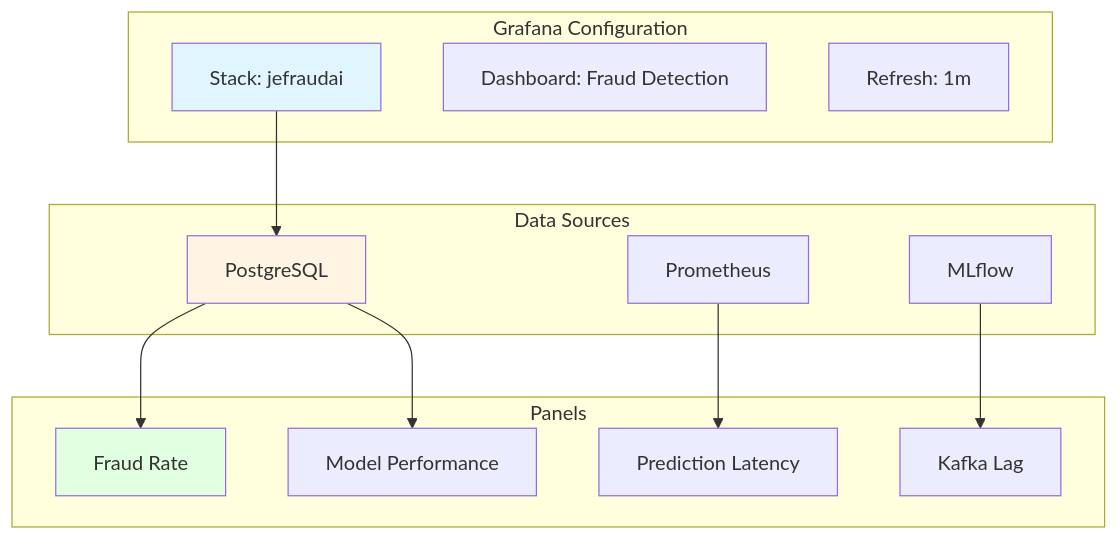
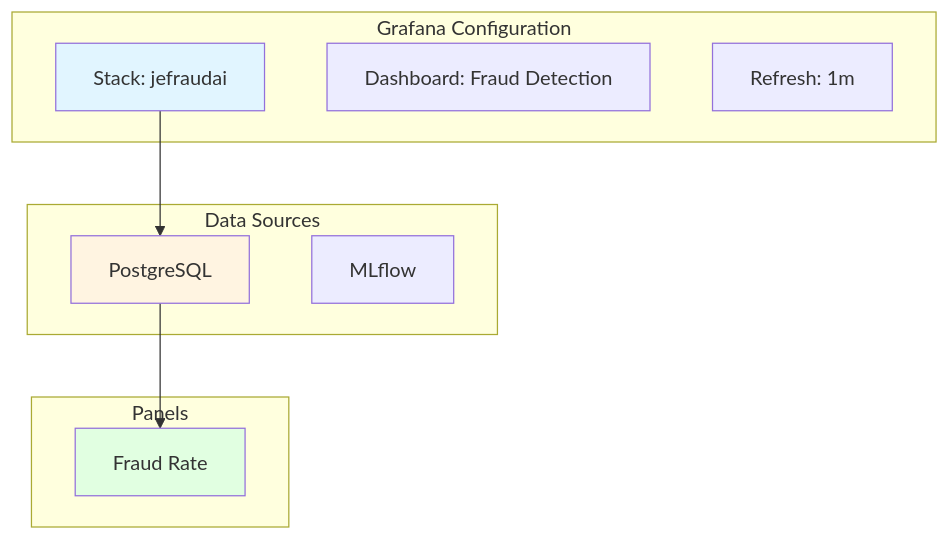
Before and after one commit to jefraudai/jefraudai: the tenth of 16 diagrams in Services/docsify/docs/deployment.md, drawn with Mermaid. The commit also changed other lines of this file and 6 other files, not shown here.

````diff
--- a/Services/docsify/docs/deployment.md
+++ b/Services/docsify/docs/deployment.md
@@ -384,31 +357,24 @@
 ```mermaid
 graph TD
     subgraph "Grafana Configuration"
         GC1[Stack: jefraudai]
         GC2[Dashboard: Fraud Detection]
         GC3[Refresh: 1m]
     end
     
     subgraph "Data Sources"
         DS1[PostgreSQL]
-        DS2[Prometheus]
         DS3[MLflow]
     end
     
     subgraph "Panels"
         PN1[Fraud Rate]
-        PN2[Prediction Latency]
-        PN3[Kafka Lag]
-        PN4[Model Performance]
     end
     
     GC1 --> DS1
     DS1 --> PN1
-    DS2 --> PN2
-    DS3 --> PN3
-    DS1 --> PN4
     
     style GC1 fill:#e1f5ff
     style DS1 fill:#fff4e1
     style PN1 fill:#e1ffe1
 ```
````
